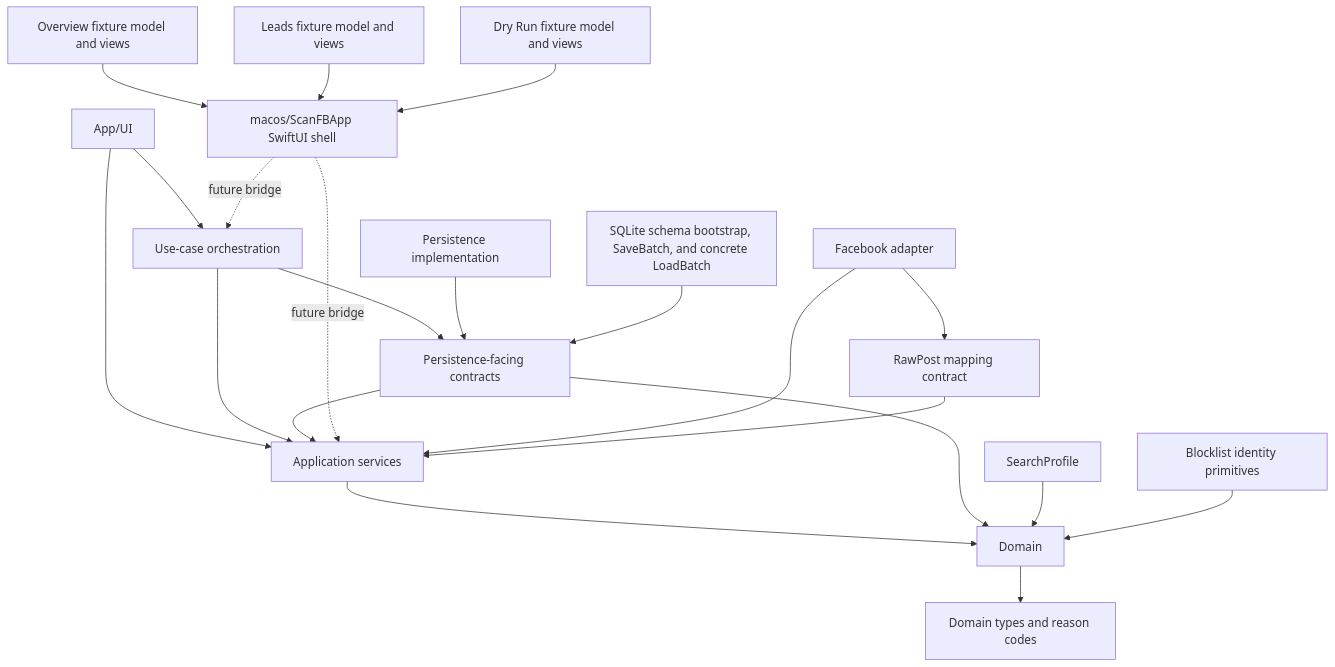
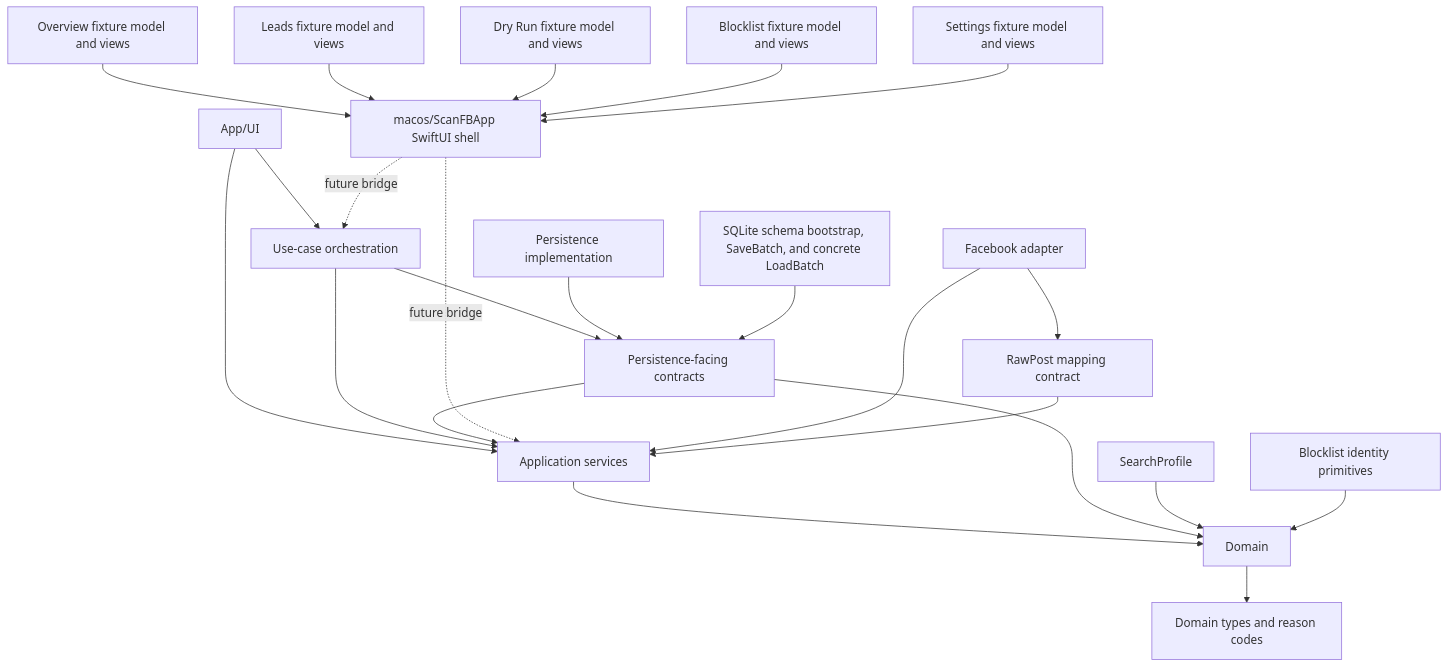
One commit to soleda2026/ScanFB changed the diagram in docs/CODE_GRAPH.md. Above: the diagram before and after it, drawn with Mermaid. The commit also changed other lines of this file and 15 other files, not shown here.

Commit message:
feat(ui): add fixture settings and blocklist

````diff
--- a/docs/CODE_GRAPH.md
+++ b/docs/CODE_GRAPH.md
@@ -7,23 +7,25 @@
 ```mermaid
 flowchart TD
     UI["App/UI"] --> APP["Application services"]
     UI --> ORCH["Use-case orchestration"]
     ORCH --> APP
     ORCH --> PERSIST_CONTRACT
     APP --> DOMAIN["Domain"]
     PERSIST_CONTRACT["Persistence-facing contracts"] --> APP
     PERSIST_CONTRACT --> DOMAIN
     PERSIST_IMPL["Persistence implementation"] --> PERSIST_CONTRACT
     SQLITE["SQLite schema bootstrap, SaveBatch, and concrete LoadBatch"] --> PERSIST_CONTRACT
     MACOS_APP["macos/ScanFBApp SwiftUI shell"] -.future bridge.-> ORCH
     MACOS_APP -.future bridge.-> APP
     OVERVIEW_FIXTURE["Overview fixture model and views"] --> MACOS_APP
     LEADS_FIXTURE["Leads fixture model and views"] --> MACOS_APP
     DRYRUN_FIXTURE["Dry Run fixture model and views"] --> MACOS_APP
+    BLOCKLIST_FIXTURE["Blocklist fixture model and views"] --> MACOS_APP
+    SETTINGS_FIXTURE["Settings fixture model and views"] --> MACOS_APP
     FB["Facebook adapter"] --> APP
     FB --> RAW["RawPost mapping contract"]
     RAW --> APP
     PROFILE["SearchProfile"] --> DOMAIN
     DOMAIN --> TYPES["Domain types and reason codes"]
     BLOCKLIST["Blocklist identity primitives"] --> DOMAIN
 ```
````
